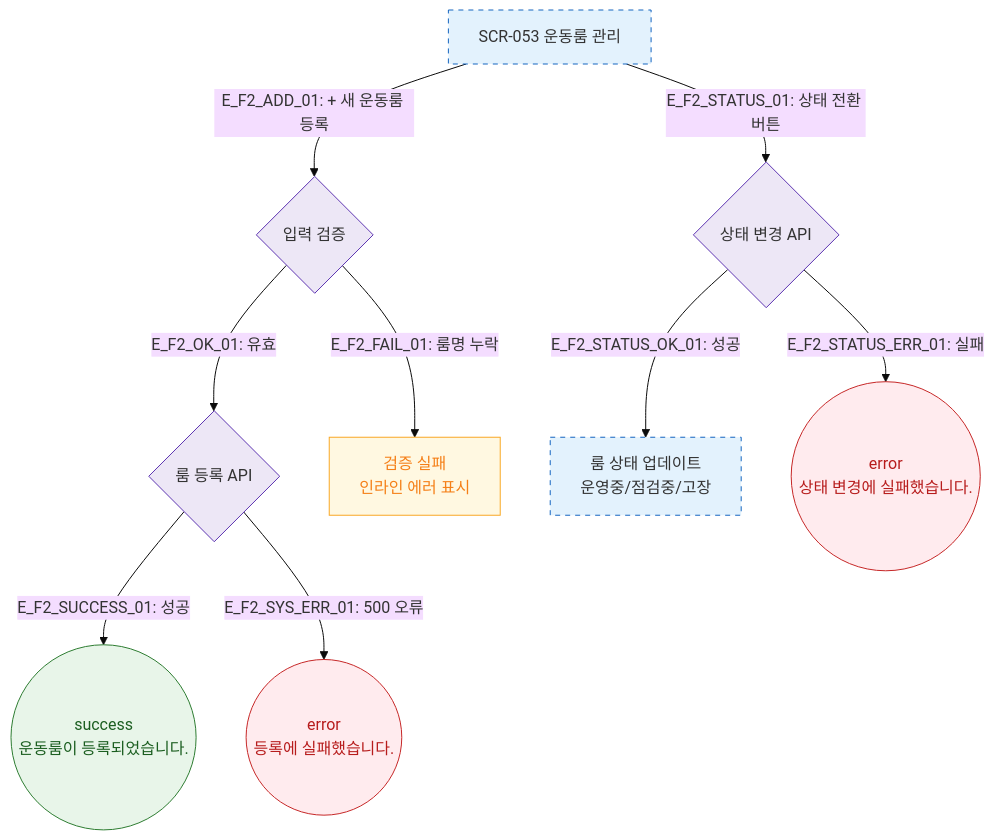
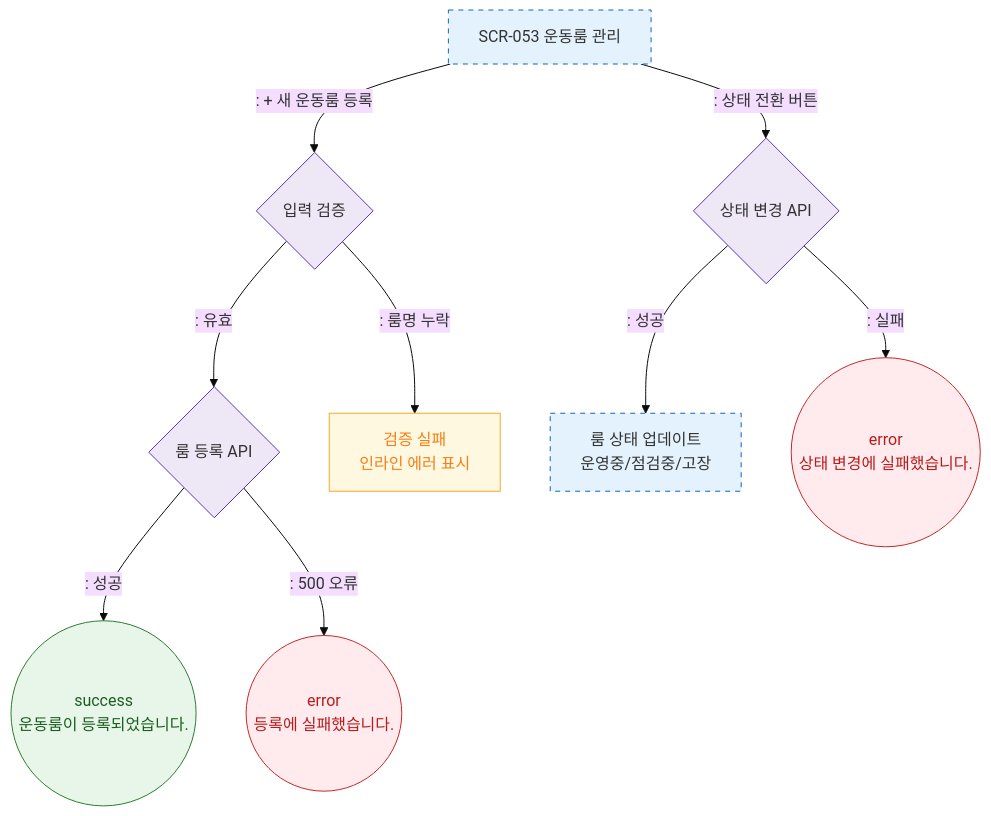
The diagram in docs/다이어그램/D06_시설관리/SCR-053_운동룸관리/F2_메인.md (dev-spogym/admin-pando), drawn with Mermaid (base theme) before and after one commit. The commit also changed other lines of this file and 1660 other files, not shown here.

First line of the commit message:
다이어그램: 기획자/클라이언트 납품본으로 정리

````diff
--- a/docs/다이어그램/D06_시설관리/SCR-053_운동룸관리/F2_메인.md
+++ b/docs/다이어그램/D06_시설관리/SCR-053_운동룸관리/F2_메인.md
@@ -16,26 +14,26 @@
 ```mermaid
 flowchart TD
     SCR_053[SCR-053 운동룸 관리]
 
-    SCR_053 -->|"E_F2_ADD_01: + 새 운동룸 등록"| Validate{입력 검증}
+    SCR_053 -->|": + 새 운동룸 등록"|Validate{입력 검증}
 
-    Validate -->|"E_F2_OK_01: 유효"| RoomAPI{룸 등록 API}
-    Validate -->|"E_F2_FAIL_01: 룸명 누락"| ValidationFail[검증 실패\n인라인 에러 표시]
-    RoomAPI -->|"E_F2_SUCCESS_01: 성공"| SuccessToast((success\n운동룸이 등록되었습니다.))
-    RoomAPI -->|"E_F2_SYS_ERR_01: 500 오류"| SysErr((error\n등록에 실패했습니다.))
+    Validate -->|": 유효"|RoomAPI{룸 등록 API}
+    Validate -->|": 룸명 누락"|ValidationFail[검증 실패\n인라인 에러 표시]
+    RoomAPI -->|": 성공"|SuccessToast((success\n운동룸이 등록되었습니다.))
+    RoomAPI -->|": 500 오류"|SysErr((error\n등록에 실패했습니다.))
 
-    SCR_053 -->|"E_F2_STATUS_01: 상태 전환 버튼"| StatusAPI{상태 변경 API}
-    StatusAPI -->|"E_F2_STATUS_OK_01: 성공"| StatusUpdate[룸 상태 업데이트\n운영중/점검중/고장]
-    StatusAPI -->|"E_F2_STATUS_ERR_01: 실패"| StatusErr((error\n상태 변경에 실패했습니다.))
+    SCR_053 -->|": 상태 전환 버튼"|StatusAPI{상태 변경 API}
+    StatusAPI -->|": 성공"|StatusUpdate[룸 상태 업데이트\n운영중/점검중/고장]
+    StatusAPI -->|": 실패"|StatusErr((error\n상태 변경에 실패했습니다.))
 
     classDef screen fill:#E3F2FD,stroke:#1565C0,stroke-dasharray:5 5
     classDef success fill:#E8F5E9,stroke:#2E7D32,color:#1B5E20
     classDef error fill:#FFEBEE,stroke:#C62828,color:#B71C1C
     classDef warning fill:#FFF8E1,stroke:#F9A825,color:#F57F17
     classDef system fill:#EDE7F6,stroke:#5E35B2
     class SCR_053,StatusUpdate screen
     class SuccessToast success
     class SysErr,StatusErr error
     class ValidationFail warning
     class Validate,RoomAPI,StatusAPI system
 ```
````
